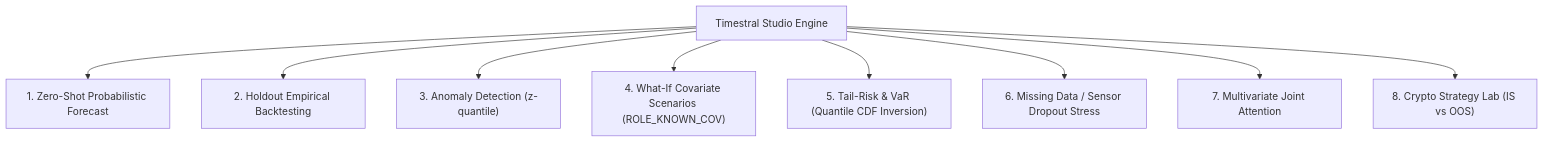
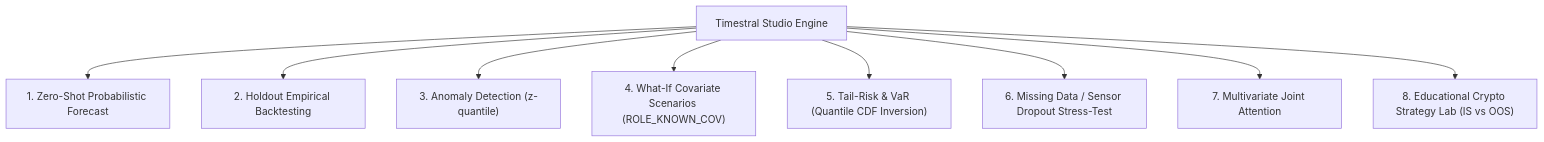
One commit to BalTac/timestral-studio changed the diagram in README.md. Above: the diagram before and after it, drawn with Mermaid. The commit also changed other lines of this file and 4 other files, not shown here.

````diff
--- a/README.md
+++ b/README.md
@@ -52,11 +46,11 @@
 ```mermaid
 flowchart TD
     A["Timestral Studio Engine"] --> B["1. Zero-Shot Probabilistic Forecast"]
     A --> C["2. Holdout Empirical Backtesting"]
     A --> D["3. Anomaly Detection (z-quantile)"]
     A --> E["4. What-If Covariate Scenarios (ROLE_KNOWN_COV)"]
     A --> F["5. Tail-Risk & VaR (Quantile CDF Inversion)"]
-    A --> G["6. Missing Data / Sensor Dropout Stress"]
+    A --> G["6. Missing Data / Sensor Dropout Stress-Test"]
     A --> H["7. Multivariate Joint Attention"]
-    A --> I["8. Crypto Strategy Lab (IS vs OOS)"]
+    A --> I["8. Educational Crypto Strategy Lab (IS vs OOS)"]
 ```
````
